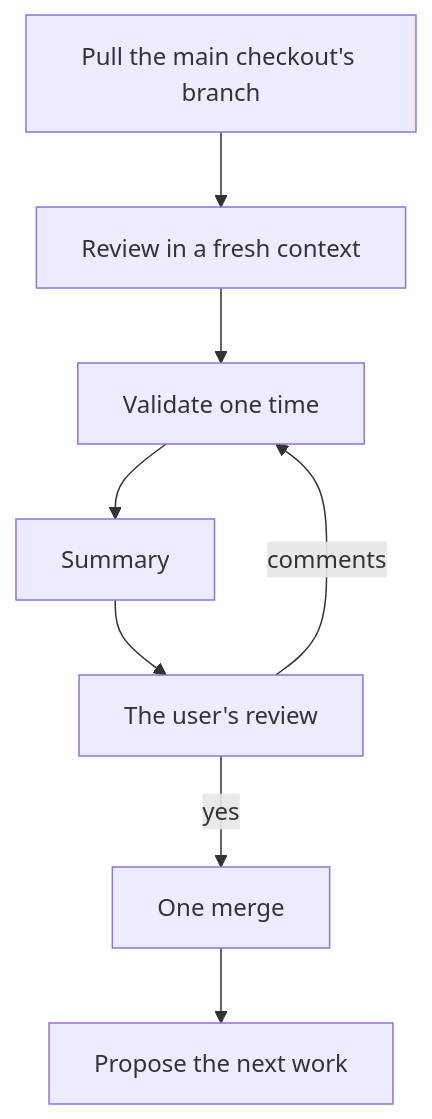
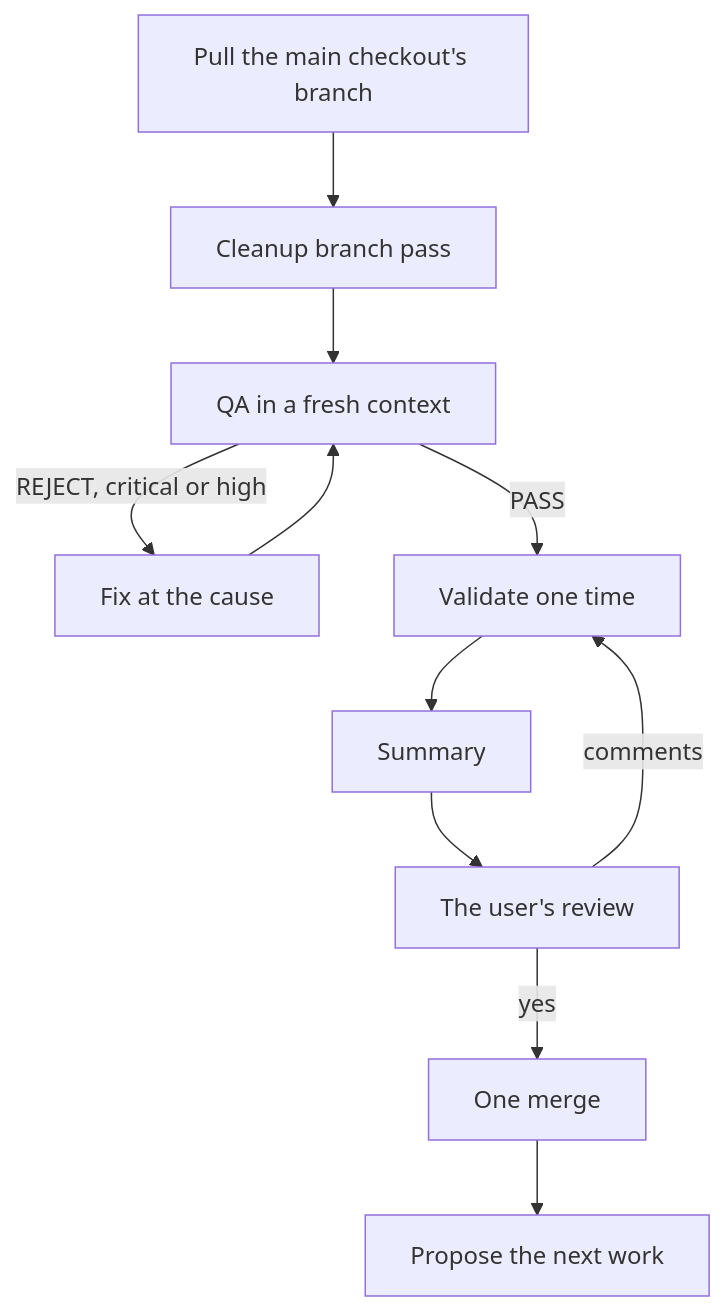
One commit to Konfus-org/Magic changed the diagram in docs/skills/finish/SKILL.md. Above: the diagram before and after it, drawn with Mermaid. The commit also changed other lines of this file and 36 other files, not shown here.

First line of the commit message:
docs: plan mode and QA before every merge, one cleanup skill, and AGENTS.md as the skill map

````diff
--- a/docs/skills/finish/SKILL.md
+++ b/docs/skills/finish/SKILL.md
@@ -16,7 +16,8 @@
 ```mermaid
 flowchart TD
-    Pull[Pull the main checkout's branch] --> Review[Review in a fresh context] --> Validate[Validate one time]
-    Validate --> Summary --> UserReview[The user's review]
+    Pull[Pull the main checkout's branch] --> Clean[Cleanup branch pass] --> QA[QA in a fresh context]
+    QA -- REJECT, critical or high --> Fix[Fix at the cause] --> QA
+    QA -- PASS --> Validate[Validate one time] --> Summary --> UserReview[The user's review]
     UserReview -- comments --> Validate
     UserReview -- yes --> Merge[One merge] --> Next[Propose the next work]
 ```
````
